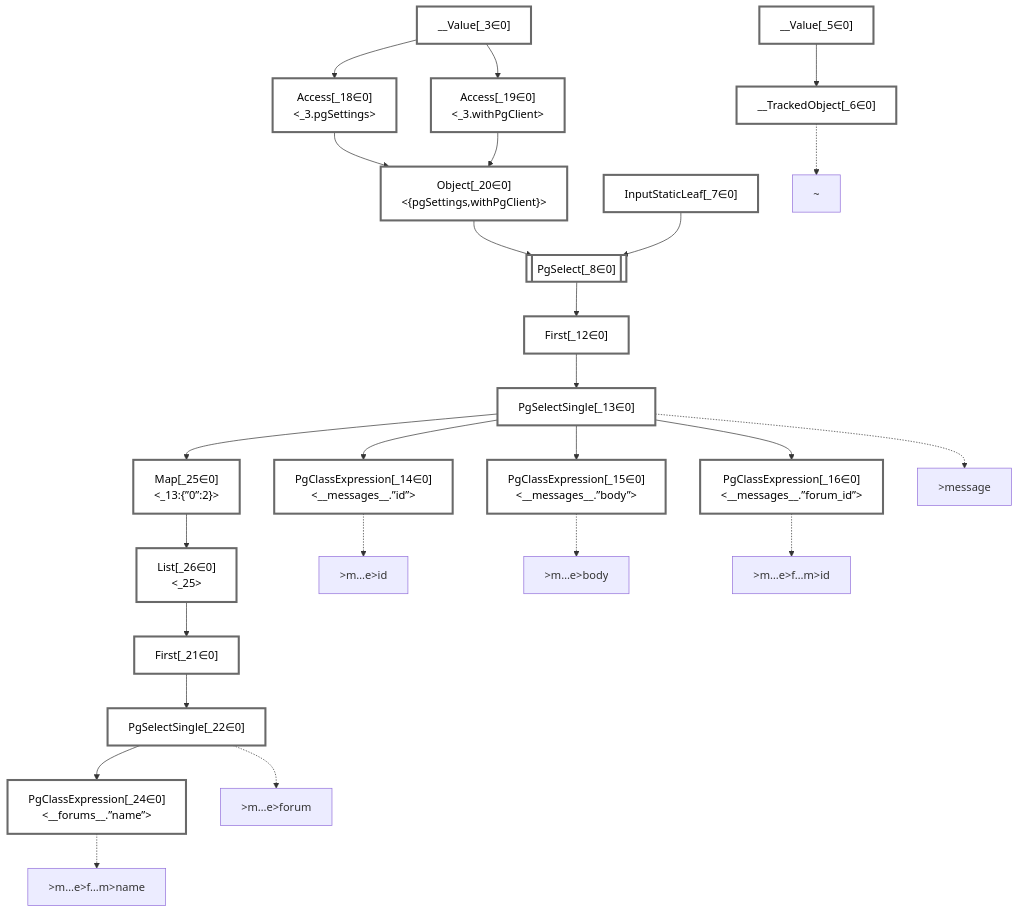
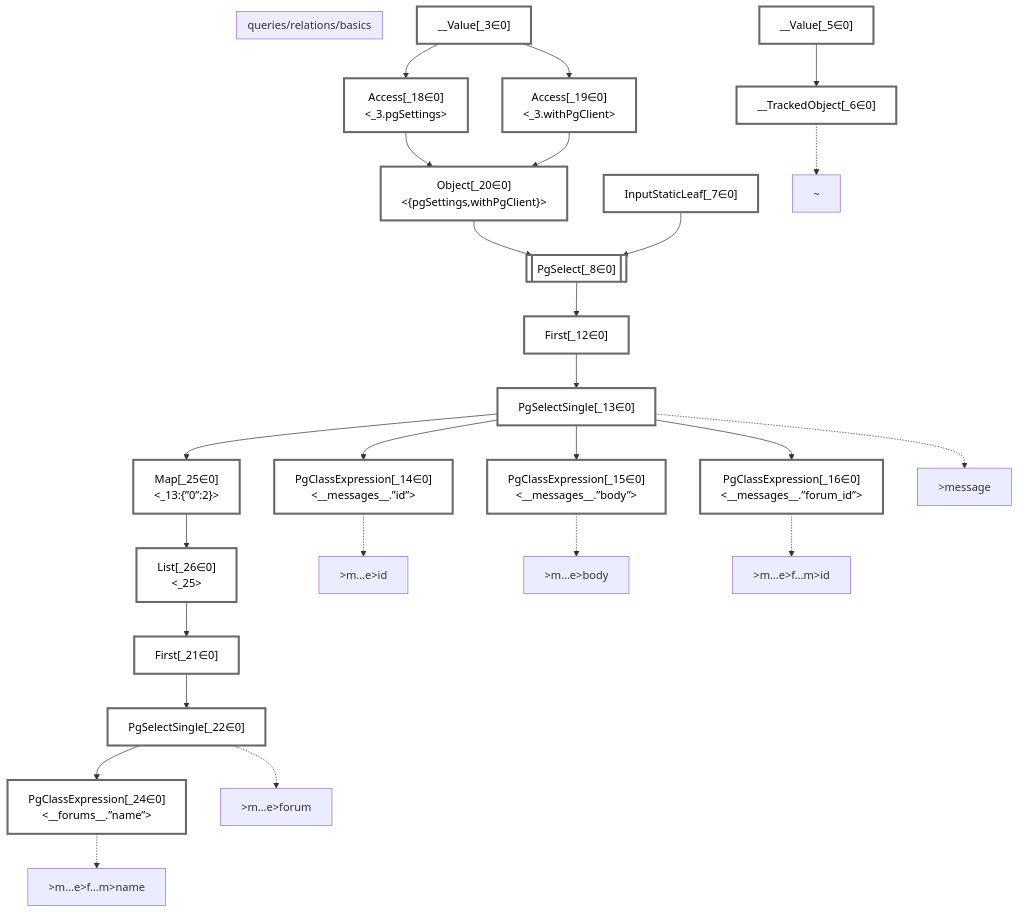
The diagram in packages/dataplan-pg/__tests__/queries/relations/basics.mermaid.md (graphile/crystal), drawn with Mermaid before and after one commit. The commit also changed 195 other files, not shown here.

````diff
--- a/packages/dataplan-pg/__tests__/queries/relations/basics.mermaid.md
+++ b/packages/dataplan-pg/__tests__/queries/relations/basics.mermaid.md
@@ -1,68 +1,70 @@
 ```mermaid
 graph TD
+    subgraph "queries/relations/basics"
+    end
     classDef path fill:#eee,stroke:#000,color:#000
     classDef plan fill:#fff,stroke-width:3px,color:#000
     classDef itemplan fill:#fff,stroke-width:6px,color:#000
     classDef sideeffectplan fill:#f00,stroke-width:6px,color:#000
     classDef bucket fill:#f6f6f6,color:#000,stroke-width:6px,text-align:left
 
 
     %% define plans
     __Value_3["__Value[_3∈0]<br /><context>"]:::plan
     __Value_5["__Value[_5∈0]<br /><rootValue>"]:::plan
     __TrackedObject_6["__TrackedObject[_6∈0]"]:::plan
     InputStaticLeaf_7["InputStaticLeaf[_7∈0]"]:::plan
     PgSelect_8[["PgSelect[_8∈0]<br /><messages>"]]:::plan
     First_12["First[_12∈0]"]:::plan
     PgSelectSingle_13["PgSelectSingle[_13∈0]<br /><messages>"]:::plan
     PgClassExpression_14["PgClassExpression[_14∈0]<br /><__messages__.”id”>"]:::plan
     PgClassExpression_15["PgClassExpression[_15∈0]<br /><__messages__.”body”>"]:::plan
     PgClassExpression_16["PgClassExpression[_16∈0]<br /><__messages__.”forum_id”>"]:::plan
     Access_18["Access[_18∈0]<br /><_3.pgSettings>"]:::plan
     Access_19["Access[_19∈0]<br /><_3.withPgClient>"]:::plan
     Object_20["Object[_20∈0]<br /><{pgSettings,withPgClient}>"]:::plan
     First_21["First[_21∈0]"]:::plan
     PgSelectSingle_22["PgSelectSingle[_22∈0]<br /><forums>"]:::plan
     PgClassExpression_24["PgClassExpression[_24∈0]<br /><__forums__.”name”>"]:::plan
     Map_25["Map[_25∈0]<br /><_13:{”0”:2}>"]:::plan
     List_26["List[_26∈0]<br /><_25>"]:::plan
 
     %% plan dependencies
     __Value_5 --> __TrackedObject_6
     Object_20 --> PgSelect_8
     InputStaticLeaf_7 --> PgSelect_8
     PgSelect_8 --> First_12
     First_12 --> PgSelectSingle_13
     PgSelectSingle_13 --> PgClassExpression_14
     PgSelectSingle_13 --> PgClassExpression_15
     PgSelectSingle_13 --> PgClassExpression_16
     __Value_3 --> Access_18
     __Value_3 --> Access_19
     Access_18 --> Object_20
     Access_19 --> Object_20
     List_26 --> First_21
     First_21 --> PgSelectSingle_22
     PgSelectSingle_22 --> PgClassExpression_24
     PgSelectSingle_13 --> Map_25
     Map_25 --> List_26
 
     %% plan-to-path relationships
     P_6["~"]
     __TrackedObject_6 -.-> P_6
     P_13[">message"]
     PgSelectSingle_13 -.-> P_13
     P_14[">m…e>id"]
     PgClassExpression_14 -.-> P_14
     P_15[">m…e>body"]
     PgClassExpression_15 -.-> P_15
     P_16[">m…e>f…m>id"]
     PgClassExpression_16 -.-> P_16
     P_22[">m…e>forum"]
     PgSelectSingle_22 -.-> P_22
     P_24[">m…e>f…m>name"]
     PgClassExpression_24 -.-> P_24
 
     %% allocate buckets
     classDef bucket0 stroke:#696969
     class __Value_3,__Value_5,__TrackedObject_6,InputStaticLeaf_7,PgSelect_8,First_12,PgSelectSingle_13,PgClassExpression_14,PgClassExpression_15,PgClassExpression_16,Access_18,Access_19,Object_20,First_21,PgSelectSingle_22,PgClassExpression_24,Map_25,List_26 bucket0
 ```
````
